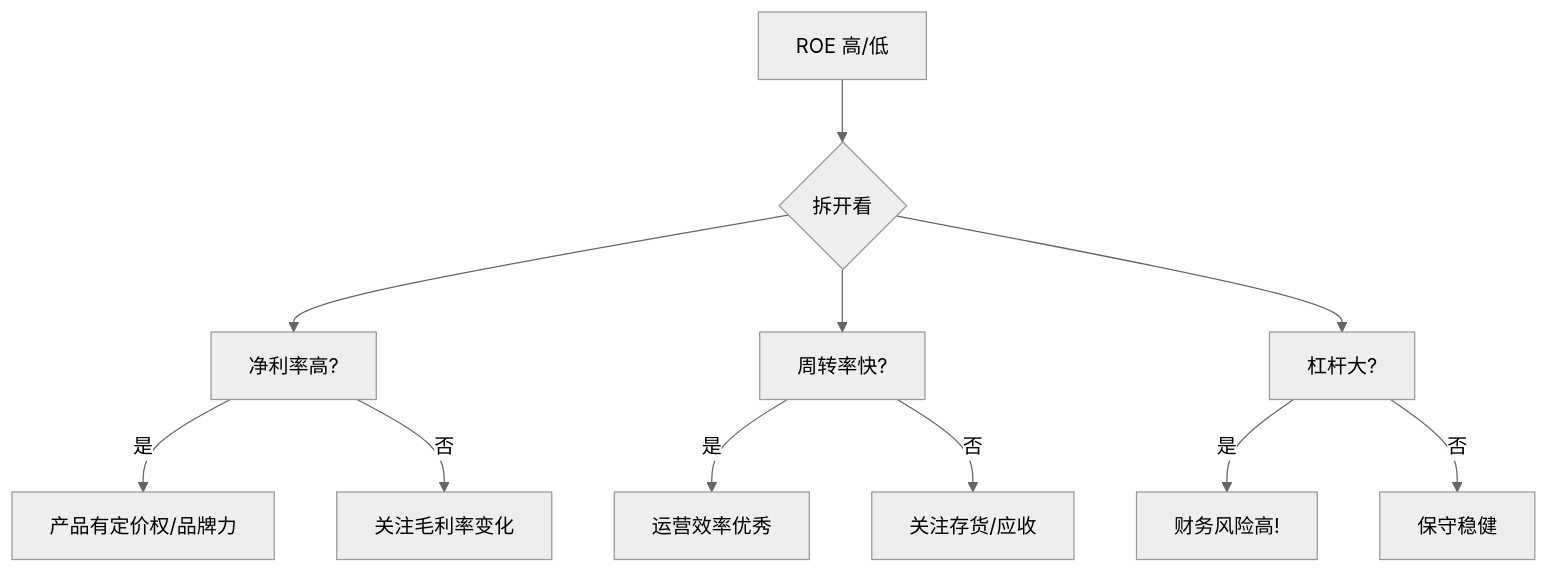
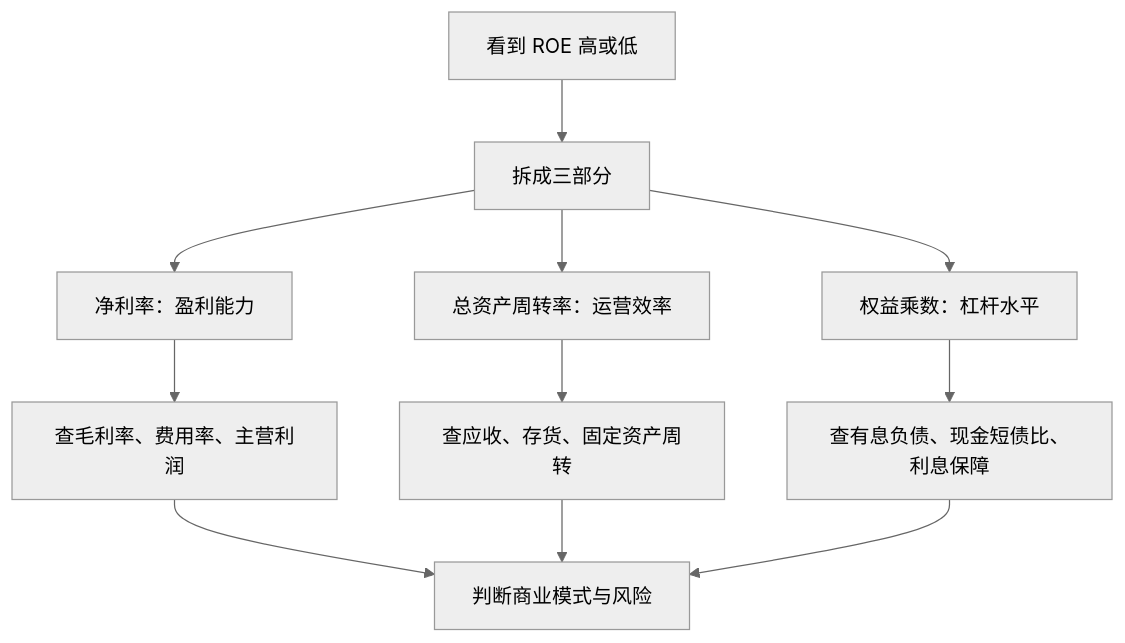
Before and after one commit to Cthaat/Obsidian: the diagram in quant-wiki-notes/入门教程/阶段二-看懂公司与市场/杜邦分析法.md, drawn with Mermaid (neutral theme). The commit also changed other lines of this file, not shown here.

````diff
--- a/quant-wiki-notes/入门教程/阶段二-看懂公司与市场/杜邦分析法.md
+++ b/quant-wiki-notes/入门教程/阶段二-看懂公司与市场/杜邦分析法.md
@@ -70,13 +140,13 @@
 ```mermaid
 graph TD
-    A[ROE 高/低] --> B{拆开看}
-    B --> C[净利率高?]
-    B --> D[周转率快?]
-    B --> E[杠杆大?]
-    C -->|是| F[产品有定价权/品牌力]
-    C -->|否| G[关注毛利率变化]
-    D -->|是| H[运营效率优秀]
-    D -->|否| I[关注存货/应收]
-    E -->|是| J[财务风险高!]
-    E -->|否| K[保守稳健]
+    A[看到 ROE 高或低] --> B[拆成三部分]
+    B --> C[净利率：盈利能力]
+    B --> D[总资产周转率：运营效率]
+    B --> E[权益乘数：杠杆水平]
+    C --> F[查毛利率、费用率、主营利润]
+    D --> G[查应收、存货、固定资产周转]
+    E --> H[查有息负债、现金短债比、利息保障]
+    F --> I[判断商业模式与风险]
+    G --> I
+    H --> I
 ```
````
